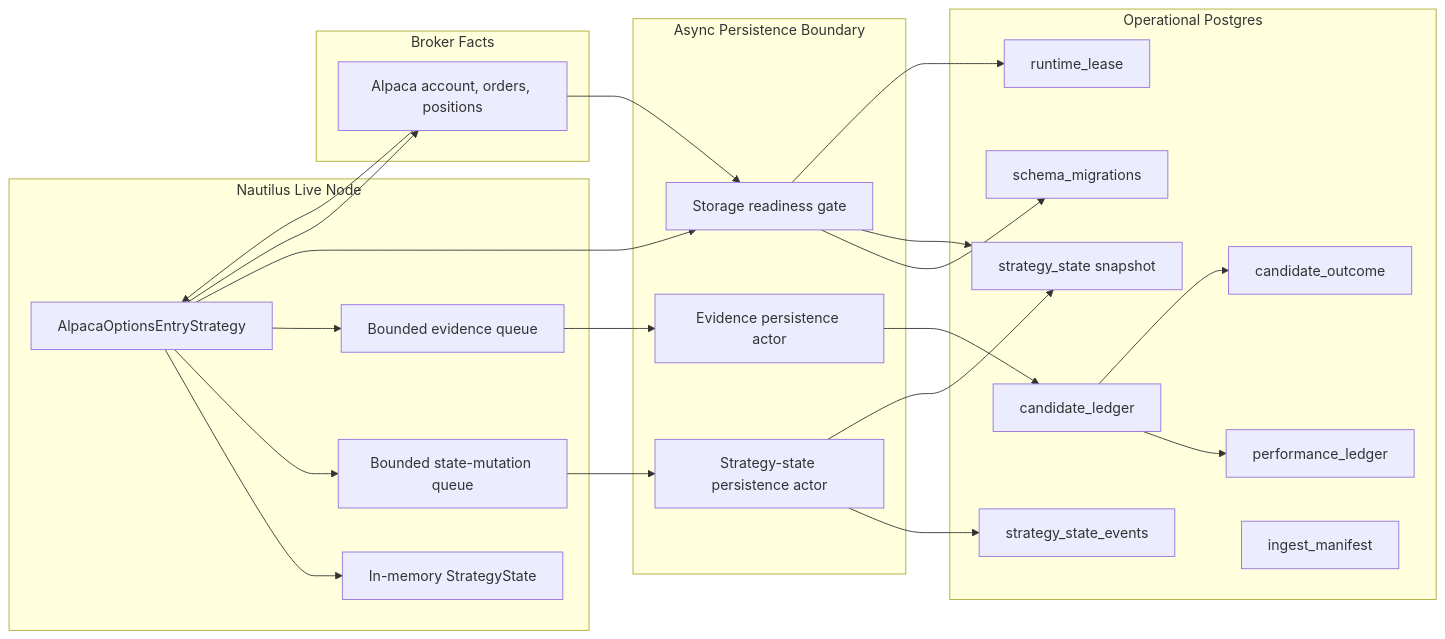
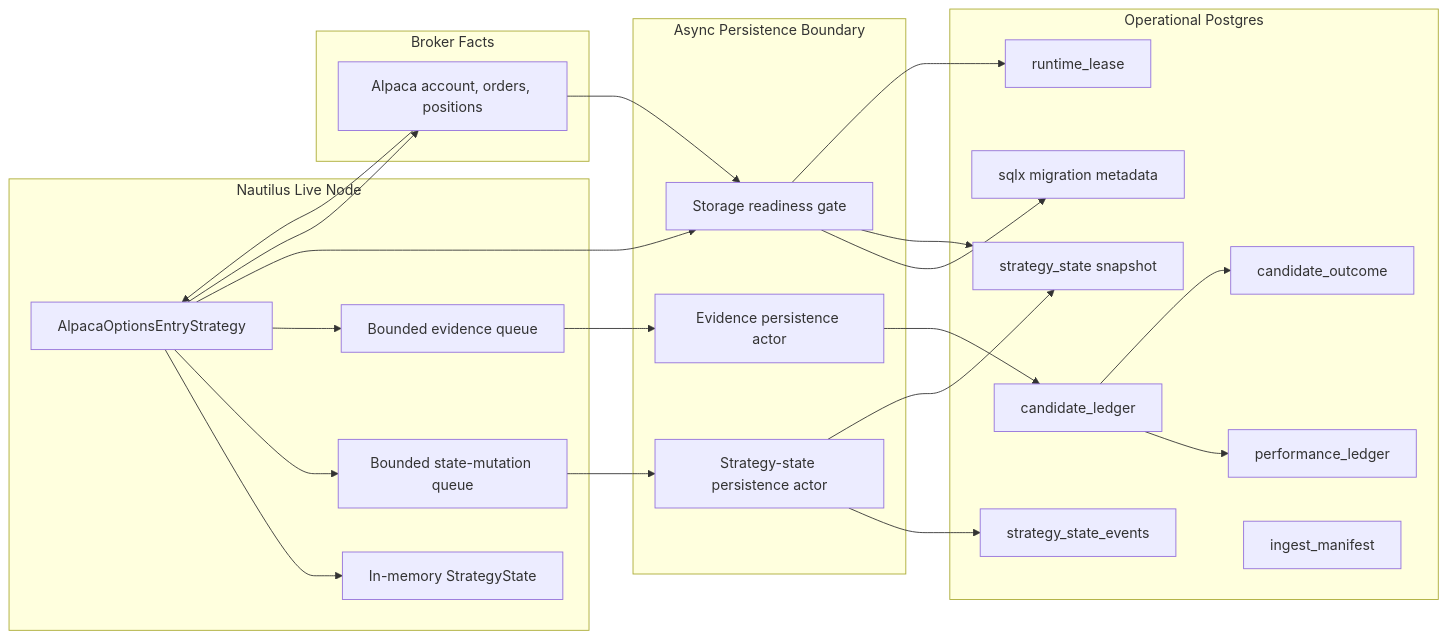
The diagram in docs/developer_guide/alpaca_operational_postgres_plan.md (afrojuju1/nautilus_trader), drawn with Mermaid before and after one commit. The commit also changed other lines of this file and 14 other files, not shown here.

````diff
--- a/docs/developer_guide/alpaca_operational_postgres_plan.md
+++ b/docs/developer_guide/alpaca_operational_postgres_plan.md
@@ -44,48 +44,48 @@
 ```mermaid
 flowchart LR
     subgraph Node ["Nautilus Live Node"]
         Strategy["AlpacaOptionsEntryStrategy"]
         Memory["In-memory StrategyState"]
         StateQueue["Bounded state-mutation queue"]
         EvidenceQueue["Bounded evidence queue"]
     end
 
     subgraph Sink ["Async Persistence Boundary"]
         StateSink["Strategy-state persistence actor"]
         EvidenceSink["Evidence persistence actor"]
         Readiness["Storage readiness gate"]
     end
 
     subgraph Postgres ["Operational Postgres"]
-        Migrations["schema_migrations"]
+        Migrations["sqlx migration metadata"]
         Snapshot["strategy_state snapshot"]
         Events["strategy_state_events"]
         CandidateLedger["candidate_ledger"]
         Performance["performance_ledger"]
         Outcomes["candidate_outcome"]
         Manifest["ingest_manifest"]
         Lease["runtime_lease"]
     end
 
     subgraph Broker ["Broker Facts"]
         Alpaca["Alpaca account, orders, positions"]
     end
 
     Strategy --> Memory
     Strategy --> StateQueue
     Strategy --> EvidenceQueue
     StateQueue --> StateSink
     EvidenceQueue --> EvidenceSink
     StateSink --> Events
     StateSink --> Snapshot
     EvidenceSink --> CandidateLedger
     Strategy --> Readiness
     Readiness --> Migrations
     Readiness --> Snapshot
     Readiness --> Lease
     Strategy --> Alpaca
     Alpaca --> Strategy
     Alpaca --> Readiness
     CandidateLedger --> Performance
     CandidateLedger --> Outcomes
 ```
````
